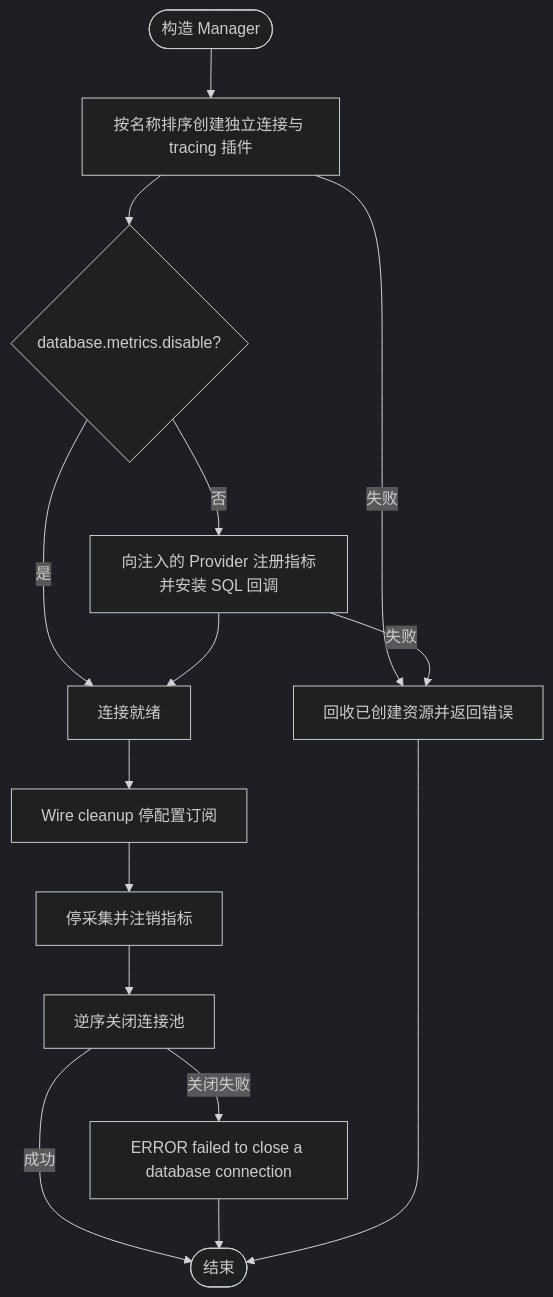
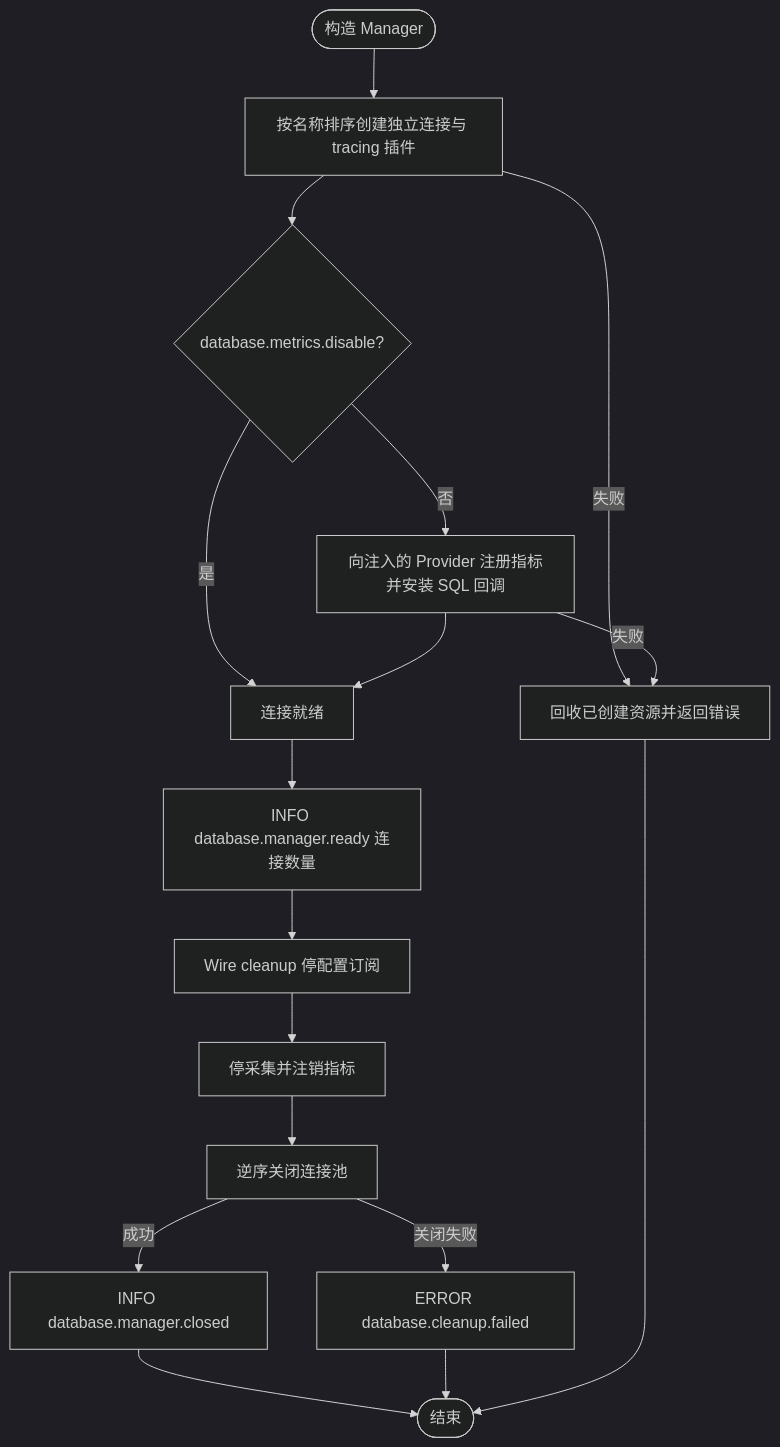
Before and after one commit to jaggerzhuang1994/kratos-foundation: the eighth of 10 diagrams in pkg/database/README.md, drawn with Mermaid (dark theme). The commit also changed other lines of this file and 204 other files, not shown here.

````diff
--- a/pkg/database/README.md
+++ b/pkg/database/README.md
@@ -239,17 +247,19 @@
 ```mermaid
 flowchart TD
     A([构造 Manager]) --> B[按名称排序创建独立连接与 tracing 插件]
     B --> C{database.metrics.disable?}
     C -- 否 --> D[向注入的 Provider 注册指标并安装 SQL 回调]
     C -- 是 --> E[连接就绪]
     D --> E
     B -- 失败 --> F[回收已创建资源并返回错误]
     D -- 失败 --> F
-    E --> G[Wire cleanup 停配置订阅]
+    E --> E1[INFO database.manager.ready 连接数量]
+    E1 --> G[Wire cleanup 停配置订阅]
     G --> H[停采集并注销指标]
     H --> I[逆序关闭连接池]
-    I -- 关闭失败 --> J[ERROR failed to close a database connection]
-    I -- 成功 --> K([结束])
+    I -- 关闭失败 --> J[ERROR database.cleanup.failed]
+    I -- 成功 --> I1[INFO database.manager.closed]
+    I1 --> K([结束])
     J --> K
     F --> K
 ```
````
